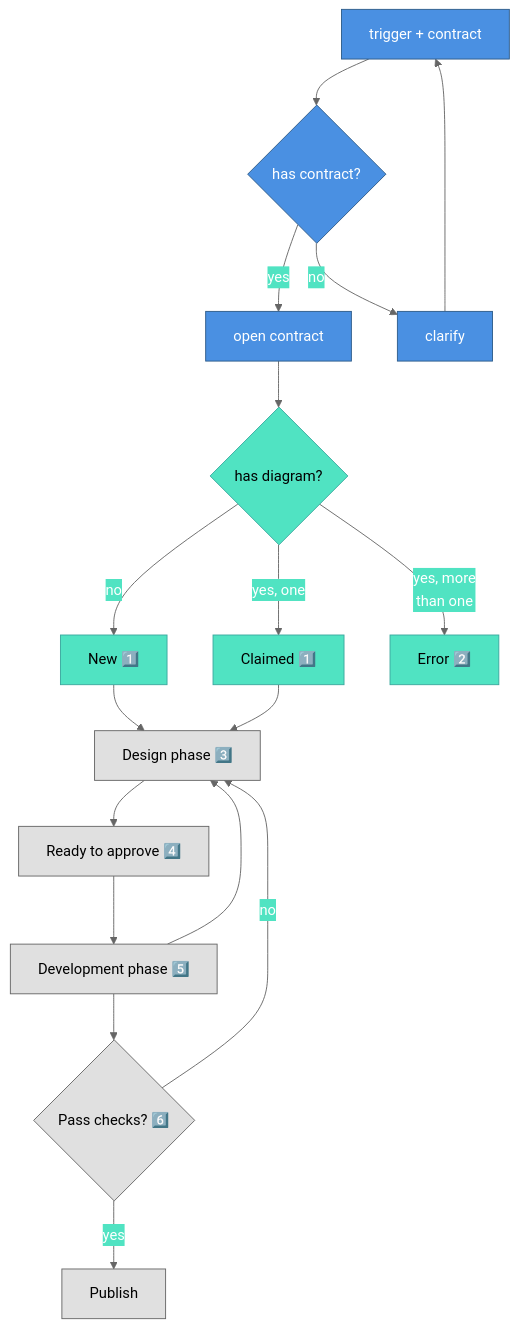
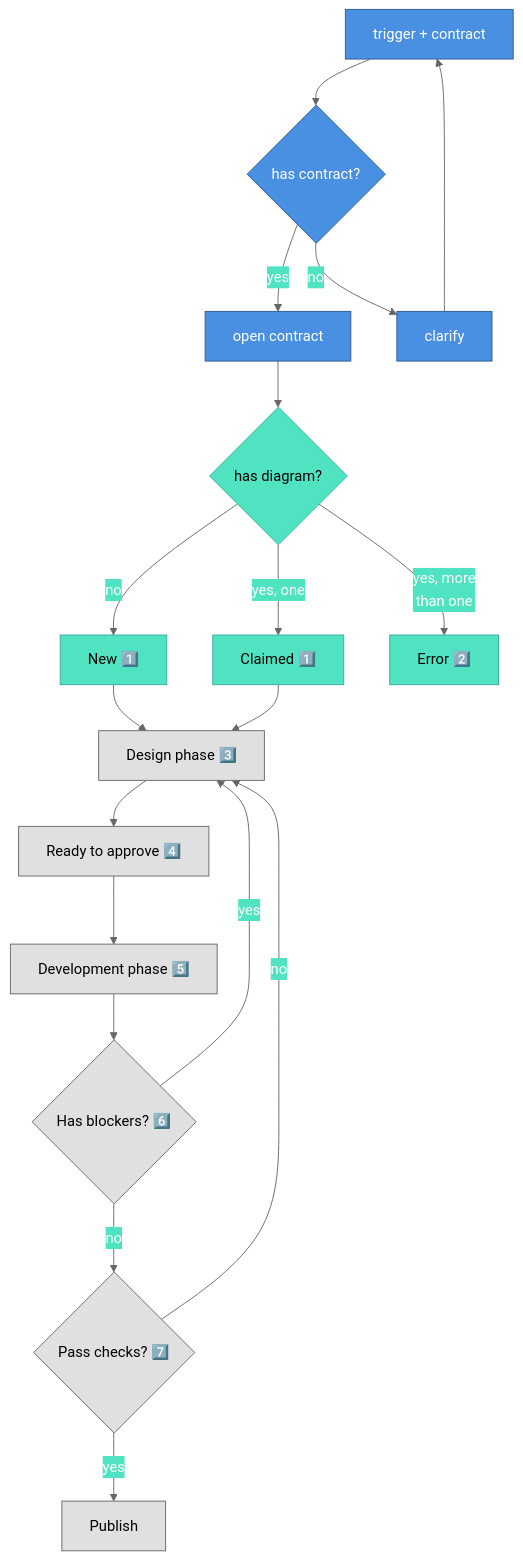
One commit to nonlinear/skills changed the diagram in contract-diagram/SKILL.md. Above: the diagram before and after it, drawn with Mermaid. The commit also changed other lines of this file, not shown here.

Commit message:
Add 'Has blockers?' decision node after Development phase

````diff
--- a/contract-diagram/SKILL.md
+++ b/contract-diagram/SKILL.md
@@ -14,45 +14,47 @@
 ```mermaid
 %%{init: {'theme':'base','themeVariables':{"primaryColor":"#4A90E2","primaryTextColor":"#fff","primaryBorderColor":"#2E5C8A","lineColor":"#666","secondaryColor":"#50E3C2","tertiaryColor":"#FFD700"}}}%%
 flowchart TD
     TRIGGER["trigger + contract"]
     CHECK_CONTRACT{"has contract?"}
     OPEN["open contract"]
     CLARIFY["clarify"]
     CHECK_DIAGRAM{"has diagram?"}
     CREATE["New 1️⃣"]
     CLAIM["Claimed 1️⃣"]
     ERROR["Error 2️⃣"]
     
     DESIGN["Design phase 3️⃣"]
     SIGNOFF["Ready to approve 4️⃣"]
     DEVELOPMENT["Development phase 5️⃣"]
-    TESTS{"Pass checks? 6️⃣"}
+    BLOCKERS{"Has blockers? 6️⃣"}
+    TESTS{"Pass checks? 7️⃣"}
     PUBLISH["Publish"]
     
     TRIGGER --> CHECK_CONTRACT
     CHECK_CONTRACT -->|yes| OPEN
     CHECK_CONTRACT -->|no| CLARIFY
     CLARIFY --> TRIGGER
     
     OPEN --> CHECK_DIAGRAM
     CHECK_DIAGRAM -->|yes, more<br/>than one| ERROR
     CHECK_DIAGRAM -->|yes, one| CLAIM
     CHECK_DIAGRAM -->|no| CREATE
     
     CREATE --> DESIGN
     CLAIM --> DESIGN
     DESIGN --> SIGNOFF
     SIGNOFF --> DEVELOPMENT
-    DEVELOPMENT --> DESIGN
-    DEVELOPMENT --> TESTS
+    DEVELOPMENT --> BLOCKERS
+    BLOCKERS -->|yes| DESIGN
+    BLOCKERS -->|no| TESTS
     TESTS -->|yes| PUBLISH
     TESTS -->|no| DESIGN
     
     classDef default fill:#e0e0e0,stroke:#666,color:#000
     classDef approved fill:#4A90E2,stroke:#2E5C8A,color:#fff
     classDef developed fill:#50E3C2,stroke:#3aa89e,color:#000
     
     class TRIGGER,CHECK_CONTRACT,OPEN,CLARIFY approved
     class CHECK_DIAGRAM,CREATE,CLAIM,ERROR developed
-    class DESIGN,SIGNOFF,DEVELOPMENT,TESTS,PUBLISH default
+    class DESIGN,SIGNOFF,DEVELOPMENT,BLOCKERS,TESTS,PUBLISH default
 ```
````
